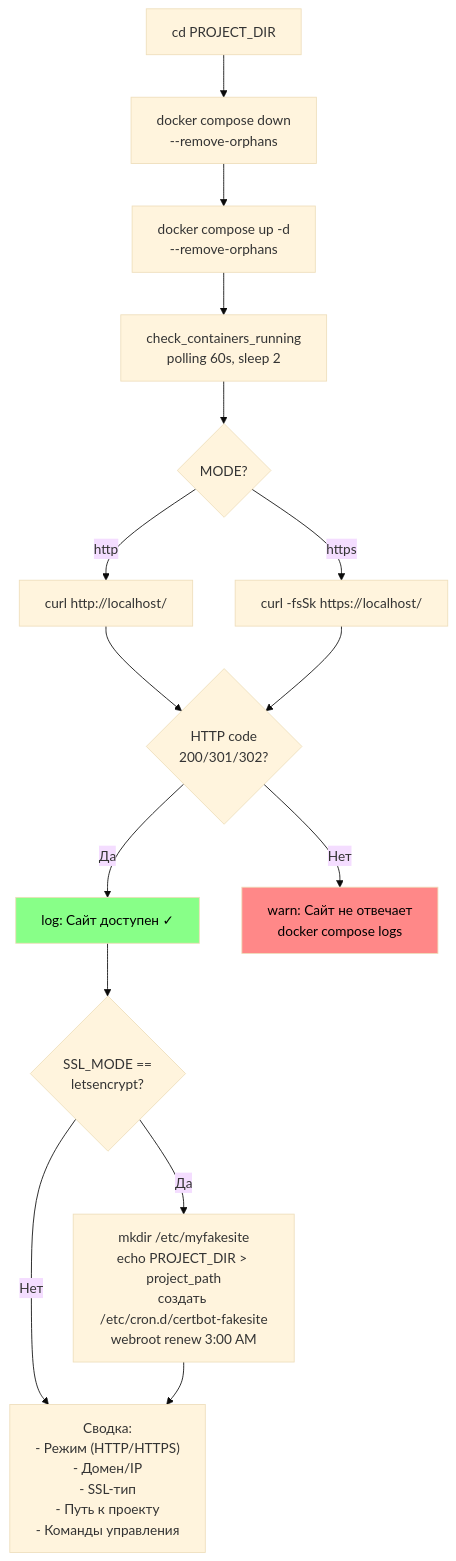
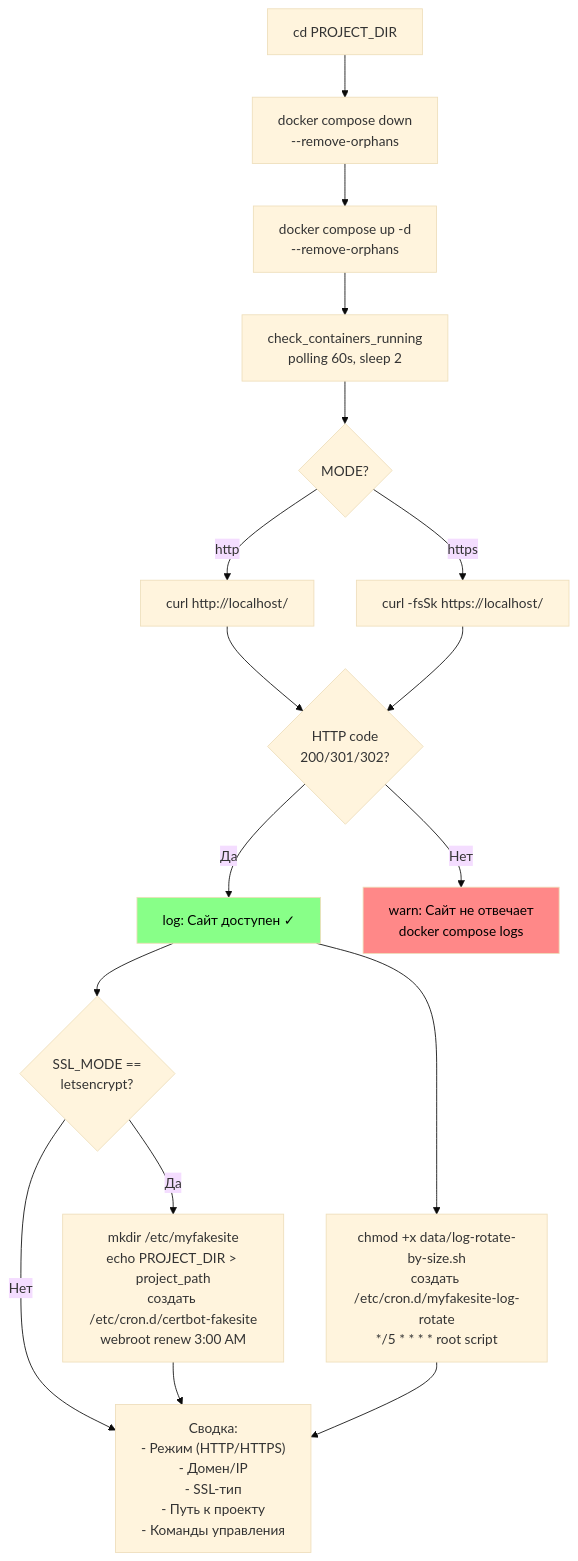
One commit to iqubik/myfakesite changed the seventh of 12 diagrams in docs/architecture.md. Above: the diagram before and after it, drawn with Mermaid (base theme). The commit also changed other lines of this file and 9 other files, not shown here.

````diff
--- a/docs/architecture.md
+++ b/docs/architecture.md
@@ -188,29 +206,32 @@
 ```mermaid
 flowchart TD
   Start5["cd PROJECT_DIR"] --> ComposeDown["docker compose down\n--remove-orphans"]
 
   ComposeDown --> ComposeUp["docker compose up -d\n--remove-orphans"]
 
   ComposeUp --> Wait["check_containers_running\npolling 60s, sleep 2"]
 
   Wait --> ModeCheck5{"MODE?"}
 
   ModeCheck5 -->|http| CurlHTTP["curl http://localhost/"]
   ModeCheck5 -->|https| CurlHTTPS["curl -fsSk https://localhost/"]
 
   CurlHTTP --> HTTPCode{"HTTP code\n200/301/302?"}
   CurlHTTPS --> HTTPCode
 
   HTTPCode -->|Да| Success["log: Сайт доступен ✓"]
   HTTPCode -->|Нет| Fail["warn: Сайт не отвечает\ndocker compose logs"]
 
   Success --> SSLModeCheck{"SSL_MODE ==\nletsencrypt?"}
+  Success --> LogRotateSetup["chmod +x data/log-rotate-by-size.sh\nсоздать /etc/cron.d/myfakesite-log-rotate\n*/5 * * * * root script"]
 
   SSLModeCheck -->|Да| CertbotSetup["mkdir /etc/myfakesite\necho PROJECT_DIR > project_path\nсоздать /etc/cron.d/certbot-fakesite\nwebroot renew 3:00 AM"]
   SSLModeCheck -->|Нет| Summary
+  CertbotSetup --> Summary
+  LogRotateSetup --> Summary
 
-  CertbotSetup --> Summary["Сводка:\n- Режим (HTTP/HTTPS)\n- Домен/IP\n- SSL-тип\n- Путь к проекту\n- Команды управления"]
+  Summary["Сводка:\n- Режим (HTTP/HTTPS)\n- Домен/IP\n- SSL-тип\n- Путь к проекту\n- Команды управления"]
 
   style Success fill:#8f8,color:#000
   style Fail fill:#f88,color:#000
 ```
````
